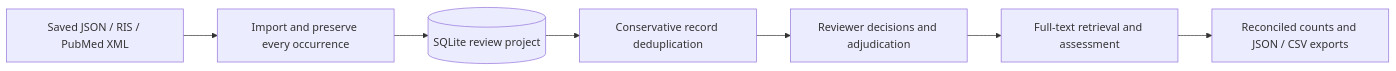
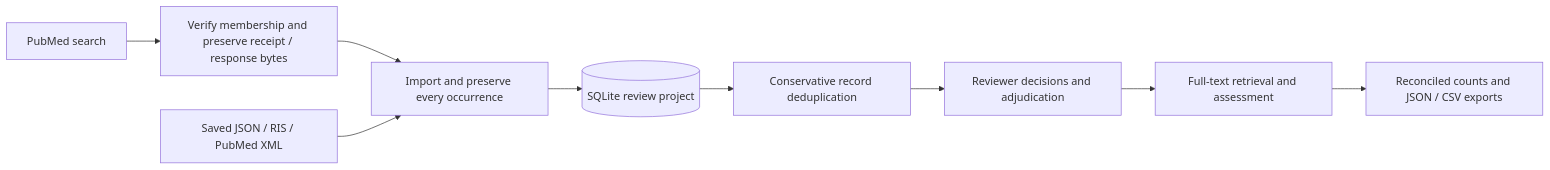
One commit to hnt119/lit-rev-engine changed the first of 2 diagrams in README.md. Above: the diagram before and after it, drawn with Mermaid. The commit also changed other lines of this file and 29 other files, not shown here.

Commit message:
Add reproducible PubMed capture and durable offline replay

````diff
--- a/README.md
+++ b/README.md
@@ -9,9 +9,11 @@
 ```mermaid
 flowchart LR
+    PubMed[PubMed search] --> Capture[Verify membership and preserve receipt / response bytes]
+    Capture --> Import
     Export[Saved JSON / RIS / PubMed XML] --> Import[Import and preserve every occurrence]
     Import --> Ledger[(SQLite review project)]
     Ledger --> Dedup[Conservative record deduplication]
     Dedup --> Screening[Reviewer decisions and adjudication]
     Screening --> Fulltext[Full-text retrieval and assessment]
     Fulltext --> Counts[Reconciled counts and JSON / CSV exports]
 ```
````
